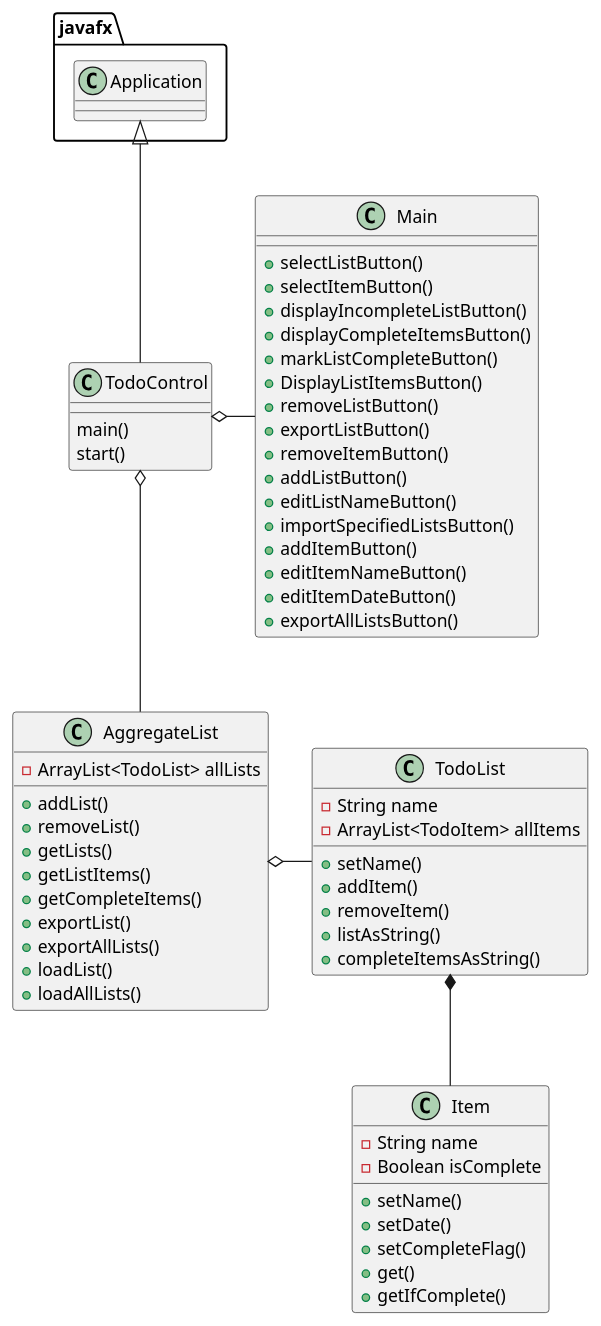
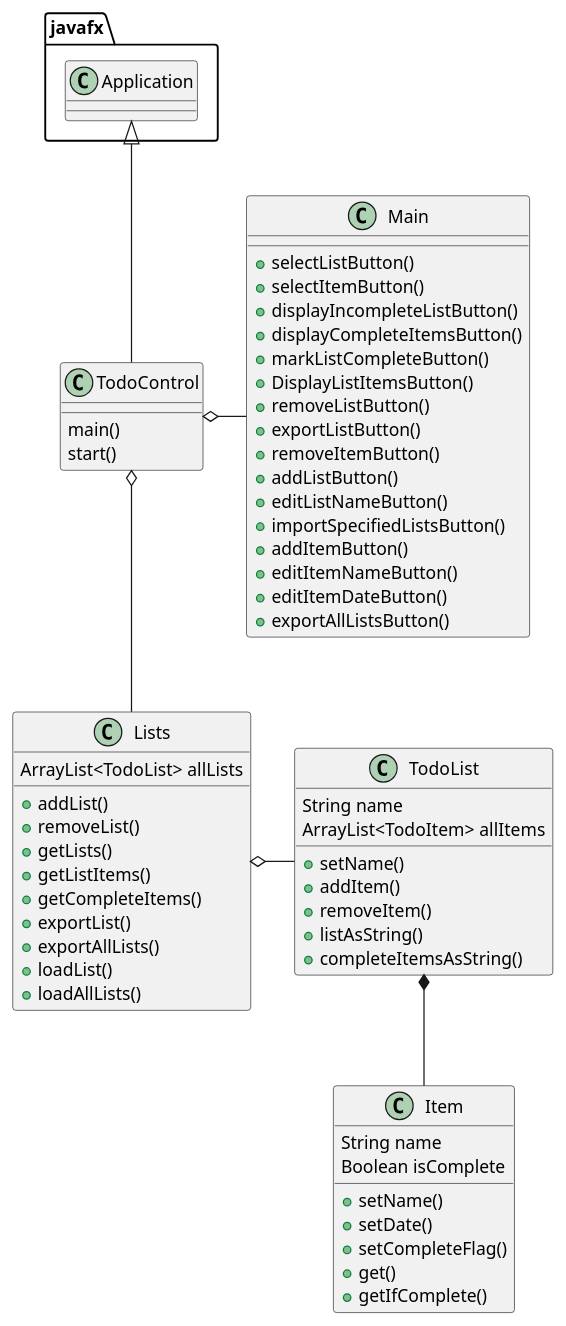
Before and after one commit to tkommoju3/kommoju-cop3330-assignment4: the diagram in uml/classDiagram.puml, drawn with PlantUML. The commit also changed 12 other files, not shown here.

```diff
--- a/uml/classDiagram.puml
+++ b/uml/classDiagram.puml
@@ -1,66 +1,69 @@
 @startuml
 'https://plantuml.com/class-diagram
 
 class TodoControl{
     main()
     start()
 }
 
 class Main{
     +selectListButton()
     +selectItemButton()
     +displayIncompleteListButton()
     +displayCompleteItemsButton()
     +markListCompleteButton()
     +DisplayListItemsButton()
     +removeListButton()
     +exportListButton()
     +removeItemButton()
     +addListButton()
     +editListNameButton()
     +importSpecifiedListsButton()
     +addItemButton()
     +editItemNameButton()
     +editItemDateButton()
     +exportAllListsButton()
 }
 
-class AggregateList{
-    -ArrayList<TodoList> allLists
+class Lists{
+    ArrayList<TodoList> allLists
+
     +addList()
     +removeList()
     +getLists()
     +getListItems()
     +getCompleteItems()
     +exportList()
     +exportAllLists()
     +loadList()
     +loadAllLists()
 }
 
 class TodoList{
-    -String name
-    -ArrayList<TodoItem> allItems
+    String name
+    ArrayList<TodoItem> allItems
+
     +setName()
     +addItem()
     +removeItem()
     +listAsString()
     +completeItemsAsString()
 }
 
 class Item{
-    -String name
-    -Boolean isComplete
+    String name
+    Boolean isComplete
+
     +setName()
     +setDate()
     +setCompleteFlag()
     +get()
     +getIfComplete()
 }
 
 javafx.Application <|-- TodoControl
-TodoControl o-- AggregateList
+TodoControl o-- Lists
 TodoControl o- Main
 TodoList *-- Item
-AggregateList o- TodoList
+Lists o- TodoList
 @enduml
```
